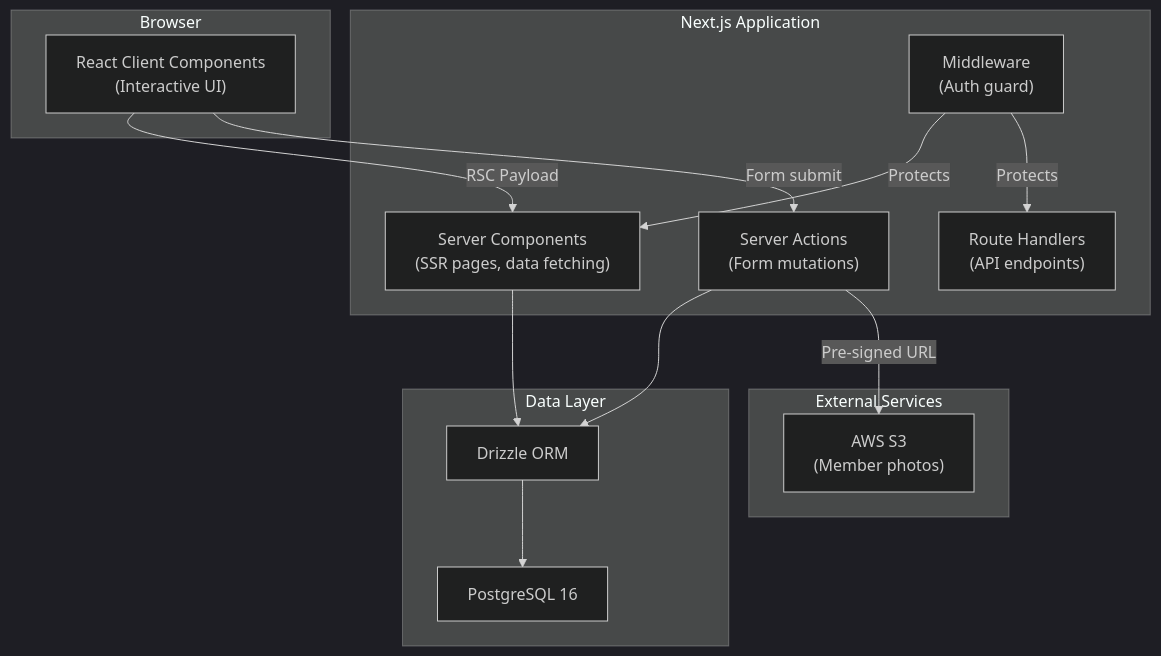
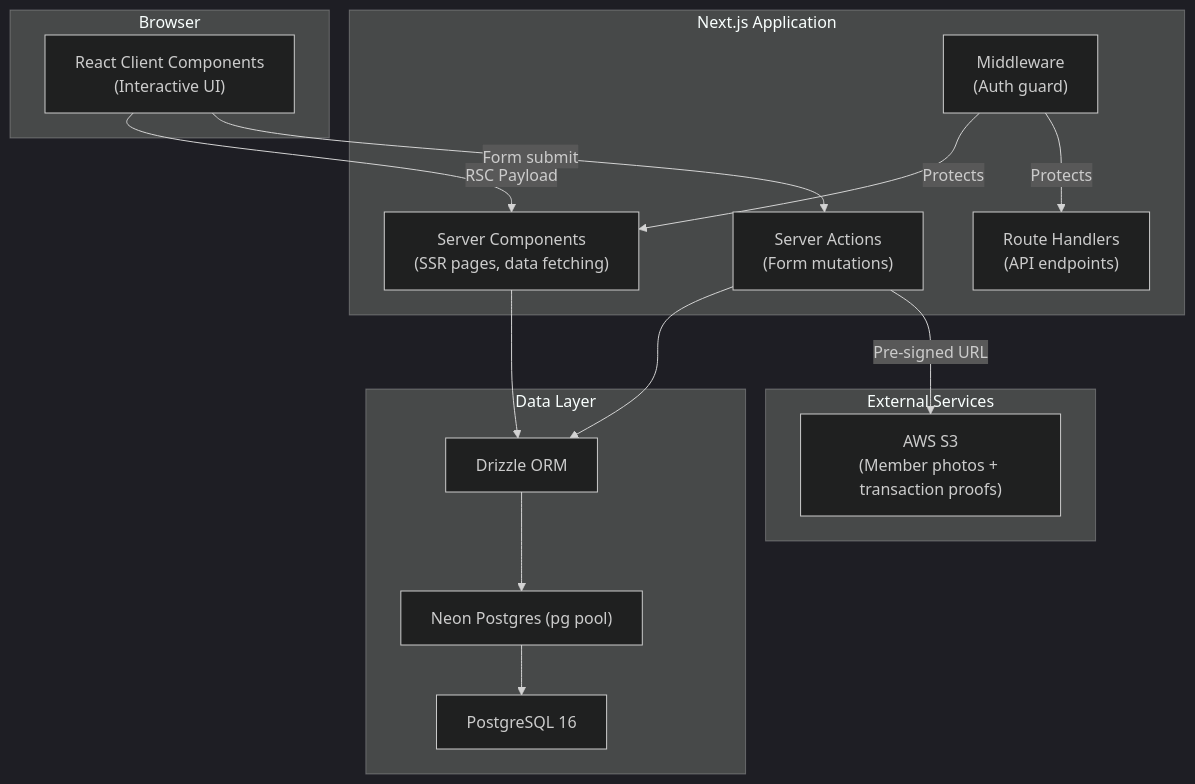
The first of 2 diagrams in docs/ARCHITECTURE.md (arshaddanish/sndp-salalah), drawn with Mermaid (dark theme) before and after one commit. The commit also changed other lines of this file and 22 other files, not shown here.

````diff
--- a/docs/ARCHITECTURE.md
+++ b/docs/ARCHITECTURE.md
@@ -15,31 +15,32 @@
 ```mermaid
 graph TB
     subgraph Browser["Browser"]
         UI["React Client Components<br/>(Interactive UI)"]
     end
 
     subgraph NextJS["Next.js Application"]
         SC["Server Components<br/>(SSR pages, data fetching)"]
         SA["Server Actions<br/>(Form mutations)"]
         RH["Route Handlers<br/>(API endpoints)"]
         MW["Middleware<br/>(Auth guard)"]
     end
 
     subgraph Data["Data Layer"]
-        Drizzle["Drizzle ORM"]
-        PG["PostgreSQL 16"]
+    Drizzle["Drizzle ORM"]
+    Neon["Neon Postgres (pg pool)"]
+    PG["PostgreSQL 16"]
     end
 
     subgraph External["External Services"]
-        S3["AWS S3<br/>(Member photos)"]
+        S3["AWS S3<br/>(Member photos + transaction proofs)"]
     end
 
     UI -->|"RSC Payload"| SC
     UI -->|"Form submit"| SA
     MW -->|"Protects"| SC
     MW -->|"Protects"| RH
     SC --> Drizzle
     SA --> Drizzle
     SA -->|"Pre-signed URL"| S3
-    Drizzle --> PG
+    Drizzle --> Neon --> PG
 ```
````
